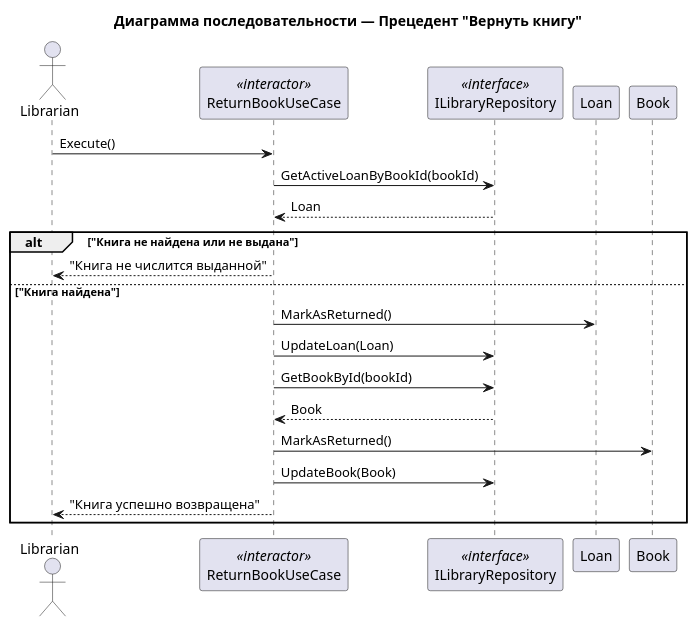
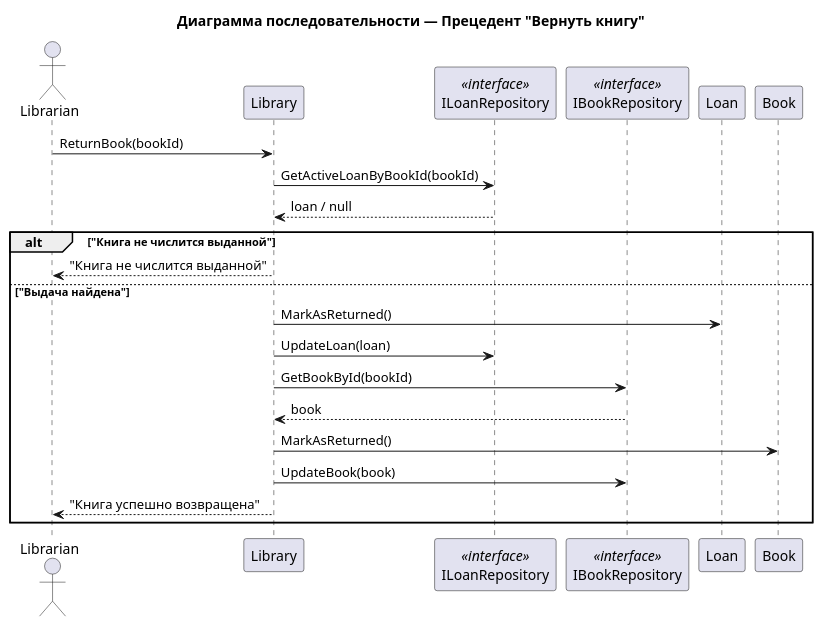
The diagram in Сценарии использования/Возврат книги.md (penamarth/bsbo-01-23_team4_var2_bibl), drawn with PlantUML before and after one commit. The commit also changed 37 other files, not shown here.

````diff
--- a/Сценарии использования/Возврат книги.md
+++ b/Сценарии использования/Возврат книги.md
@@ -39,29 +39,30 @@
 ```plantuml
 @startuml
 title Диаграмма последовательности — Прецедент "Вернуть книгу"
 
 actor Librarian
-participant "ReturnBookUseCase" as UseCase <<interactor>>
-participant "ILibraryRepository" as Repo <<interface>>
+participant "Library" as Lib
+participant "ILoanRepository" as LoanRepo <<interface>>
+participant "IBookRepository" as BookRepo <<interface>>
 participant "Loan"
 participant "Book"
 
-Librarian -> UseCase : Execute()
-UseCase -> Repo : GetActiveLoanByBookId(bookId)
-Repo --> UseCase : Loan
+Librarian -> Lib : ReturnBook(bookId)
+Lib -> LoanRepo : GetActiveLoanByBookId(bookId)
+LoanRepo --> Lib : loan / null
 
-alt "Книга не найдена или не выдана"
-    UseCase --> Librarian : "Книга не числится выданной"
-else "Книга найдена"
-    UseCase -> Loan : MarkAsReturned()
-    UseCase -> Repo : UpdateLoan(Loan)
+alt "Книга не числится выданной"
+    Lib --> Librarian : "Книга не числится выданной"
+else "Выдача найдена"
+    Lib -> Loan : MarkAsReturned()
+    Lib -> LoanRepo : UpdateLoan(loan)
 
-    UseCase -> Repo : GetBookById(bookId)
-    Repo --> UseCase : Book
-    UseCase -> Book : MarkAsReturned()
-    UseCase -> Repo : UpdateBook(Book)
+    Lib -> BookRepo : GetBookById(bookId)
+    BookRepo --> Lib : book
+    Lib -> Book : MarkAsReturned()
+    Lib -> BookRepo : UpdateBook(book)
 
-    UseCase --> Librarian : "Книга успешно возвращена"
+    Lib --> Librarian : "Книга успешно возвращена"
 end
 @enduml
 ```
````
